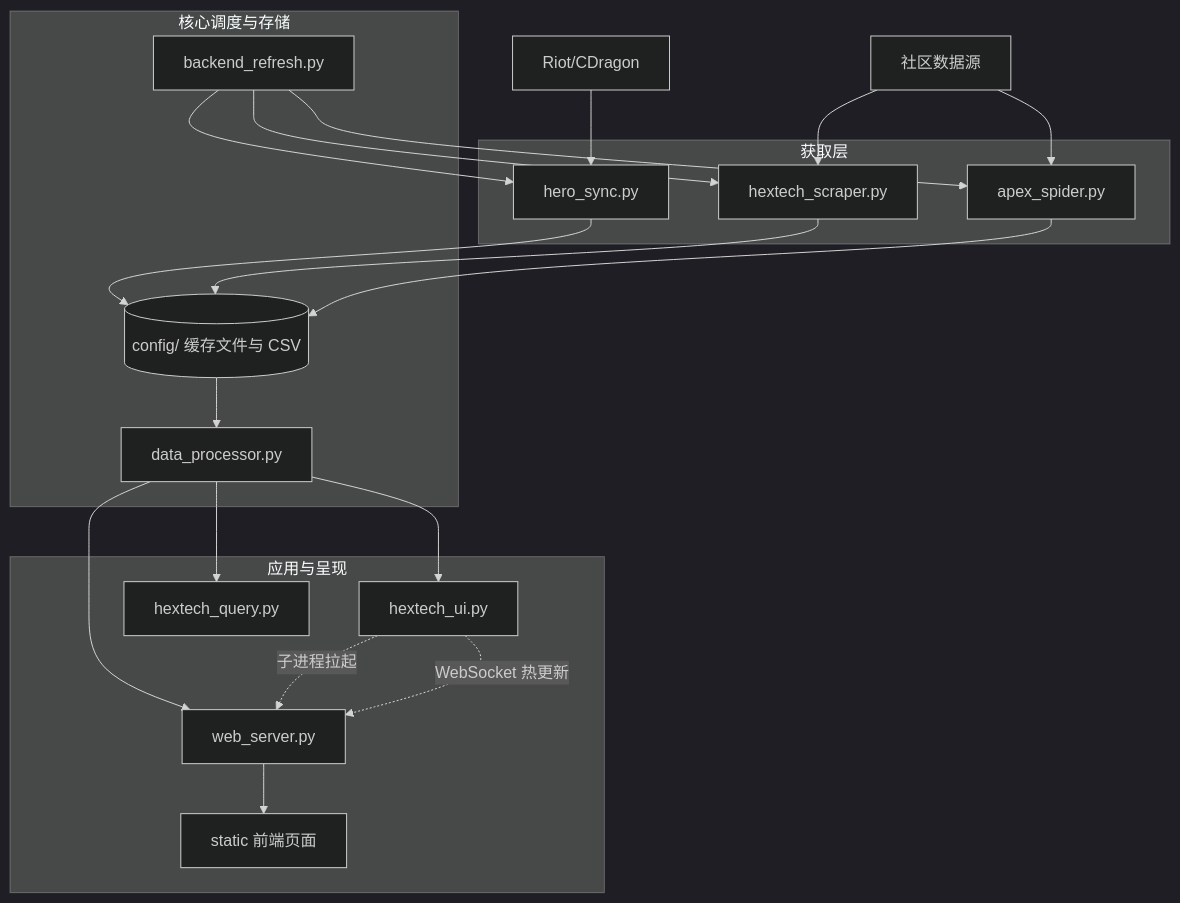
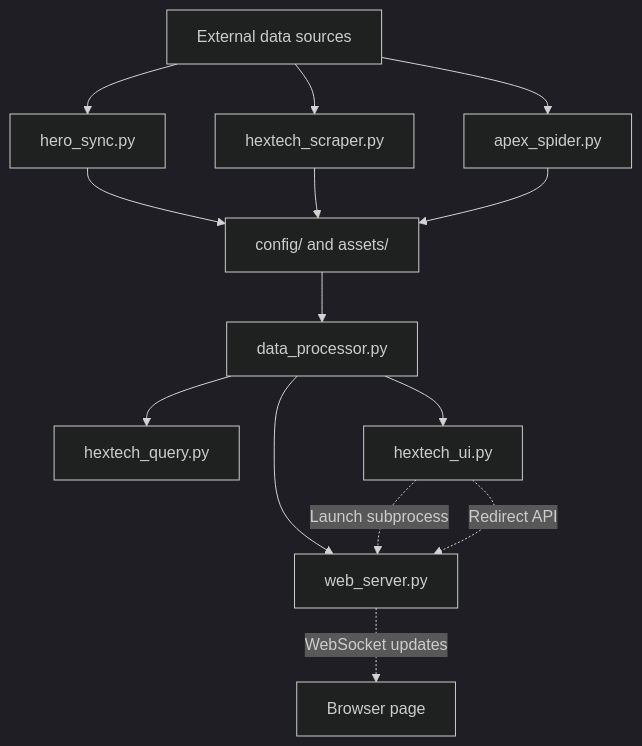
Before and after one commit to fadfasfa/claude-code-test: the diagram in run/PROJECT.md, drawn with Mermaid (dark theme). The commit also changed other lines of this file and 88 other files, not shown here.

Commit message:
Fix Hextech UI startup and web server port handling

````diff
--- a/run/PROJECT.md
+++ b/run/PROJECT.md
@@ -20,39 +14,16 @@
 ```mermaid
 flowchart TD
-    %% 数据源
-    Net_Riot[Riot/CDragon]
-    Net_Comm[社区数据源]
-    
-    %% 获取层
-    subgraph 获取层
-        Spider1[hero_sync.py]
-        Spider2[hextech_scraper.py]
-        Spider3[apex_spider.py]
-    end
-    
-    %% 调度与存储层
-    subgraph 核心调度与存储
-        Refresh[backend_refresh.py]
-        Store[(config/ 缓存文件与 CSV)]
-        Processor[data_processor.py]
-    end
-    
-    %% 服务与视图层
-    subgraph 应用与呈现
-        Web[web_server.py]
-        UI[hextech_ui.py]
-        Query[hextech_query.py]
-        WebUI[static 前端页面]
-    end
-    
-    %% 关系连线
-    Net_Riot --> Spider1
-    Net_Comm --> Spider2 & Spider3
-    Refresh --> Spider1 & Spider2 & Spider3
-    Spider1 & Spider2 & Spider3 --> Store
-    Store --> Processor
-    Processor --> Web & Query & UI
-    Web --> WebUI
-    UI -. 子进程拉起 .-> Web
-    UI -. WebSocket 热更新 .-> Web
+    A["External data sources"] --> B["hero_sync.py"]
+    A --> C["hextech_scraper.py"]
+    A --> D["apex_spider.py"]
+    B --> E["config/ and assets/"]
+    C --> E
+    D --> E
+    E --> F["data_processor.py"]
+    F --> G["web_server.py"]
+    F --> H["hextech_query.py"]
+    F --> I["hextech_ui.py"]
+    I -. "Launch subprocess" .-> G
+    I -. "Redirect API" .-> G
+    G -. "WebSocket updates" .-> J["Browser page"]
 ```
````
